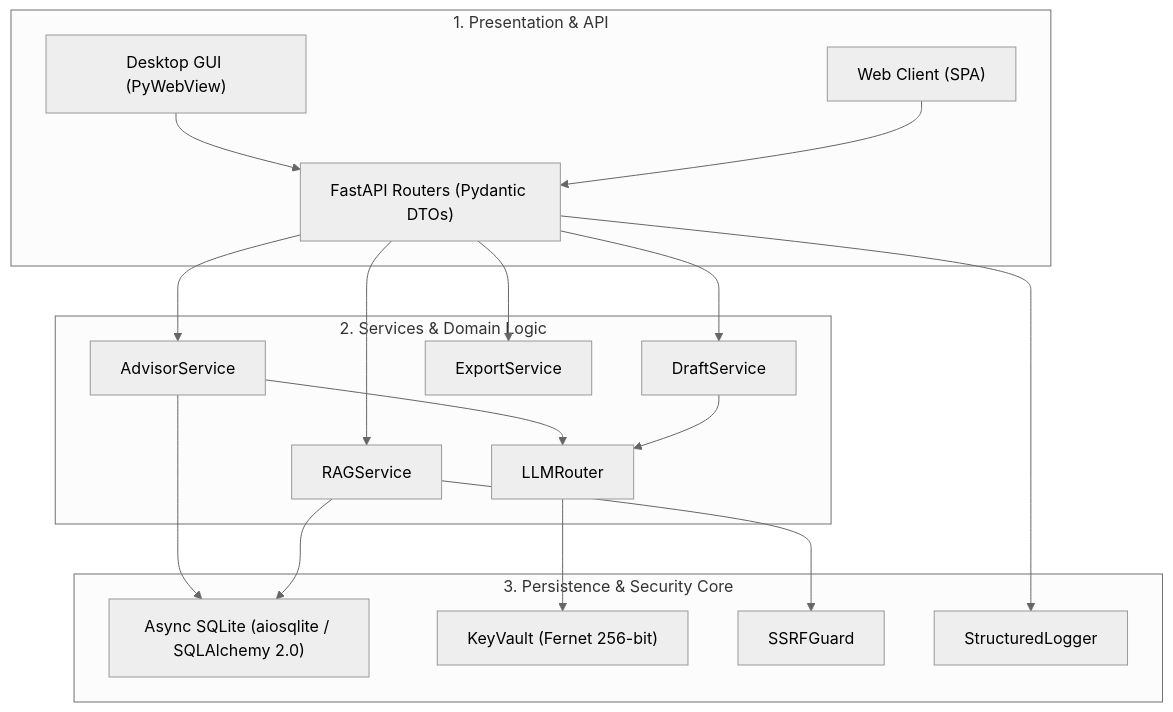
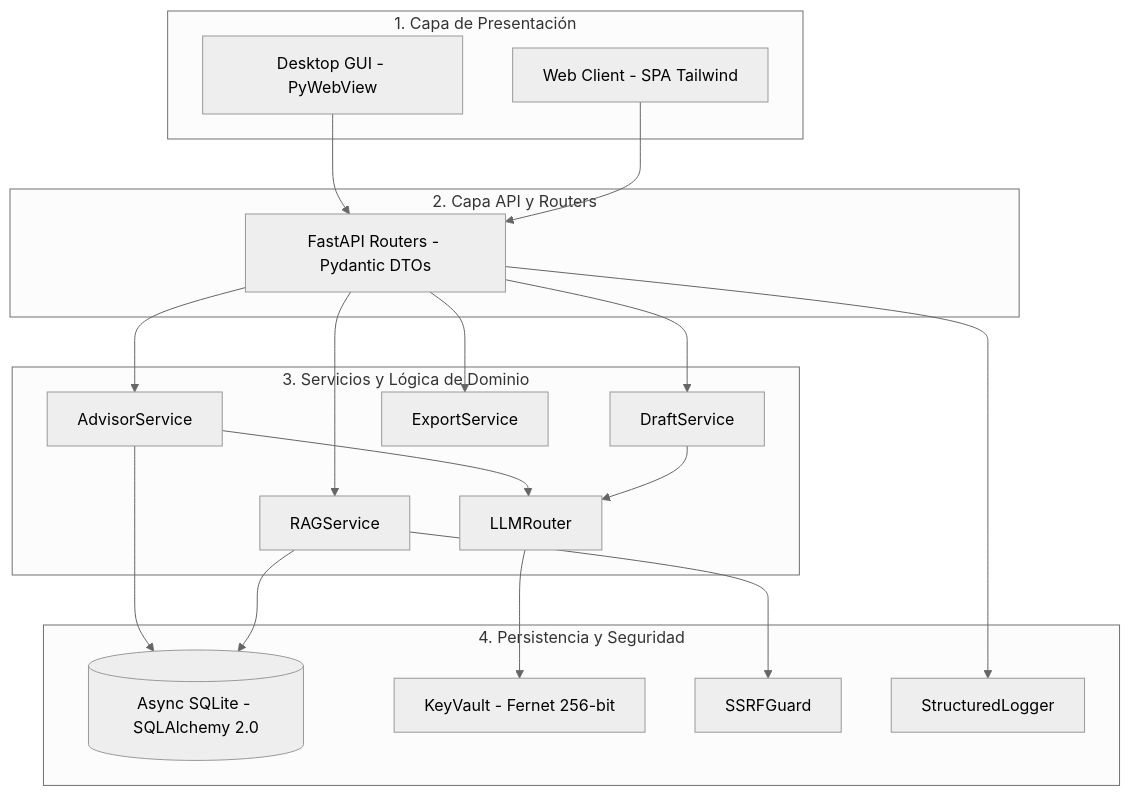
The diagram in docs/architecture/overview.md (oscarbol09/thesisforge), drawn with Mermaid (neutral theme) before and after one commit. The commit also changed 4 other files, not shown here.

Commit message:
fix: resolve mermaid rendering on github, fix mypy cli attribute, and enable pages workflow

````diff
--- a/docs/architecture/overview.md
+++ b/docs/architecture/overview.md
@@ -9,37 +9,40 @@
 ```mermaid
-graph TD
-    subgraph Layer1["1. Presentation & API"]
-        GUI["Desktop GUI (PyWebView)"]
-        WEB["Web Client (SPA)"]
-        ROUTERS["FastAPI Routers (Pydantic DTOs)"]
+flowchart TD
+    subgraph CapaPresentacion [1. Capa de Presentación]
+        GUI[Desktop GUI - PyWebView]
+        WEB[Web Client - SPA Tailwind]
     end
 
-    subgraph Layer2["2. Services & Domain Logic"]
-        ADV["AdvisorService"]
-        RAG["RAGService"]
-        DRAFT["DraftService"]
-        EXP["ExportService"]
-        ROUTER["LLMRouter"]
+    subgraph CapaAPI [2. Capa API y Routers]
+        ROUTERS[FastAPI Routers - Pydantic DTOs]
     end
 
-    subgraph Layer3["3. Persistence & Security Core"]
-        DB["Async SQLite (aiosqlite / SQLAlchemy 2.0)"]
-        VAULT["KeyVault (Fernet 256-bit)"]
-        SSRF["SSRFGuard"]
-        LOG["StructuredLogger"]
+    subgraph CapaServicios [3. Servicios y Lógica de Dominio]
+        ADV[AdvisorService]
+        RAG[RAGService]
+        DRAFT[DraftService]
+        EXP[ExportService]
+        ROUTER[LLMRouter]
+    end
+
+    subgraph CapaPersistencia [4. Persistencia y Seguridad]
+        DB[(Async SQLite - SQLAlchemy 2.0)]
+        VAULT[KeyVault - Fernet 256-bit]
+        SSRF[SSRFGuard]
+        LOG[StructuredLogger]
     end
 
     GUI --> ROUTERS
     WEB --> ROUTERS
     ROUTERS --> ADV
     ROUTERS --> RAG
     ROUTERS --> DRAFT
     ROUTERS --> EXP
     ADV --> ROUTER
     DRAFT --> ROUTER
     ADV --> DB
     RAG --> DB
     ROUTER --> VAULT
     RAG --> SSRF
     ROUTERS --> LOG
 ```
````
